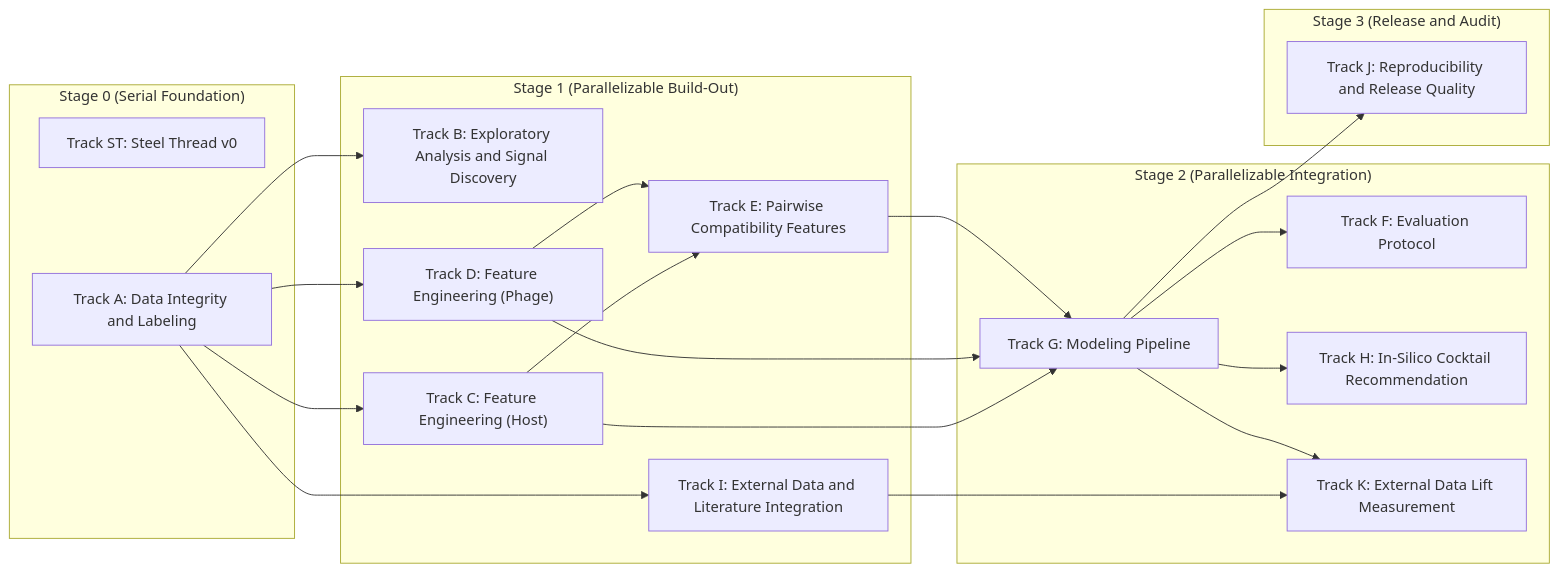
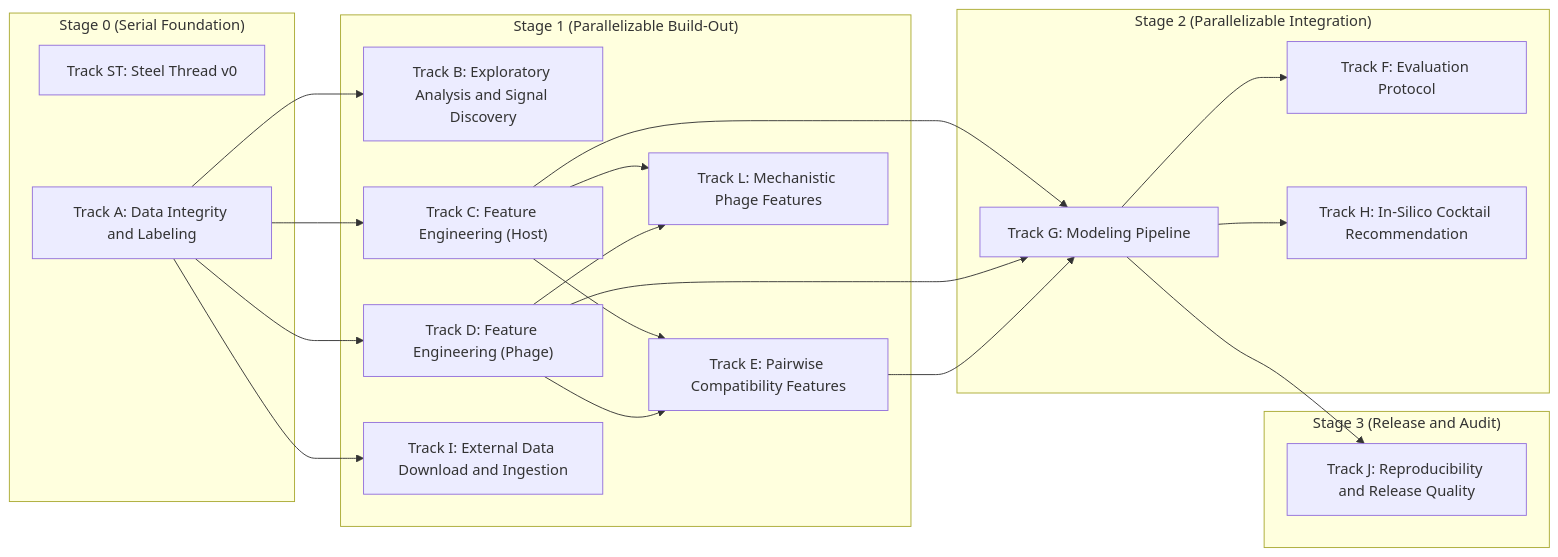
Before and after one commit to LorenaDerezanin/coli_phage_interactions_2023: the diagram in lyzortx/research_notes/PLAN.md, drawn with Mermaid. The commit also changed other lines of this file and 29 other files, not shown here.

````diff
--- a/lyzortx/research_notes/PLAN.md
+++ b/lyzortx/research_notes/PLAN.md
@@ -7,41 +7,41 @@
 ```mermaid
 graph LR
   subgraph s0["Stage 0 (Serial Foundation)"]
     tst["Track ST: Steel Thread v0"]
     ta["Track A: Data Integrity and Labeling"]
   end
 
   subgraph s1["Stage 1 (Parallelizable Build-Out)"]
     tb["Track B: Exploratory Analysis and Signal Discovery"]
     tc["Track C: Feature Engineering (Host)"]
     td["Track D: Feature Engineering (Phage)"]
     te["Track E: Pairwise Compatibility Features"]
-    ti["Track I: External Data and Literature Integration"]
+    ti["Track I: External Data Download and Ingestion"]
+    tl["Track L: Mechanistic Phage Features"]
   end
 
   subgraph s2["Stage 2 (Parallelizable Integration)"]
     tf["Track F: Evaluation Protocol"]
     tg["Track G: Modeling Pipeline"]
     th["Track H: In-Silico Cocktail Recommendation"]
-    tk["Track K: External Data Lift Measurement"]
   end
 
   subgraph s3["Stage 3 (Release and Audit)"]
     tj["Track J: Reproducibility and Release Quality"]
   end
 
   ta --> tb
   ta --> tc
   ta --> td
   tc --> te
   td --> te
   tg --> tf
   tc --> tg
   td --> tg
   te --> tg
   tg --> th
   ta --> ti
-  ti --> tk
-  tg --> tk
+  tc --> tl
+  td --> tl
   tg --> tj
 ```
````
